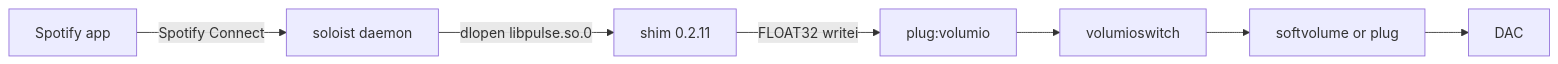
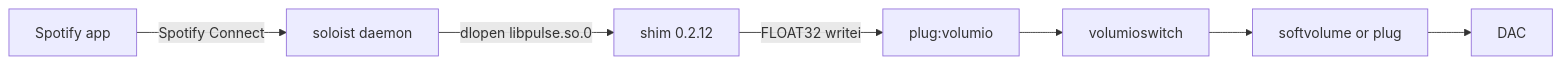
One commit to foonerd/alsa_soloist_connect changed the first of 4 diagrams in README.md. Above: the diagram before and after it, drawn with Mermaid. The commit also changed other lines of this file and 14 other files, not shown here.

````diff
--- a/README.md
+++ b/README.md
@@ -31,9 +31,9 @@
 ```mermaid
 flowchart LR
     SpotifyApp["Spotify app"] -->|"Spotify Connect"| Soloist["soloist daemon"]
-    Soloist -->|"dlopen libpulse.so.0"| Shim["shim 0.2.11"]
+    Soloist -->|"dlopen libpulse.so.0"| Shim["shim 0.2.12"]
     Shim -->|"FLOAT32 writei"| Plug["plug:volumio"]
     Plug --> Switch["volumioswitch"]
     Switch --> Out["softvolume or plug"]
     Out --> Dac["DAC"]
 ```
````
